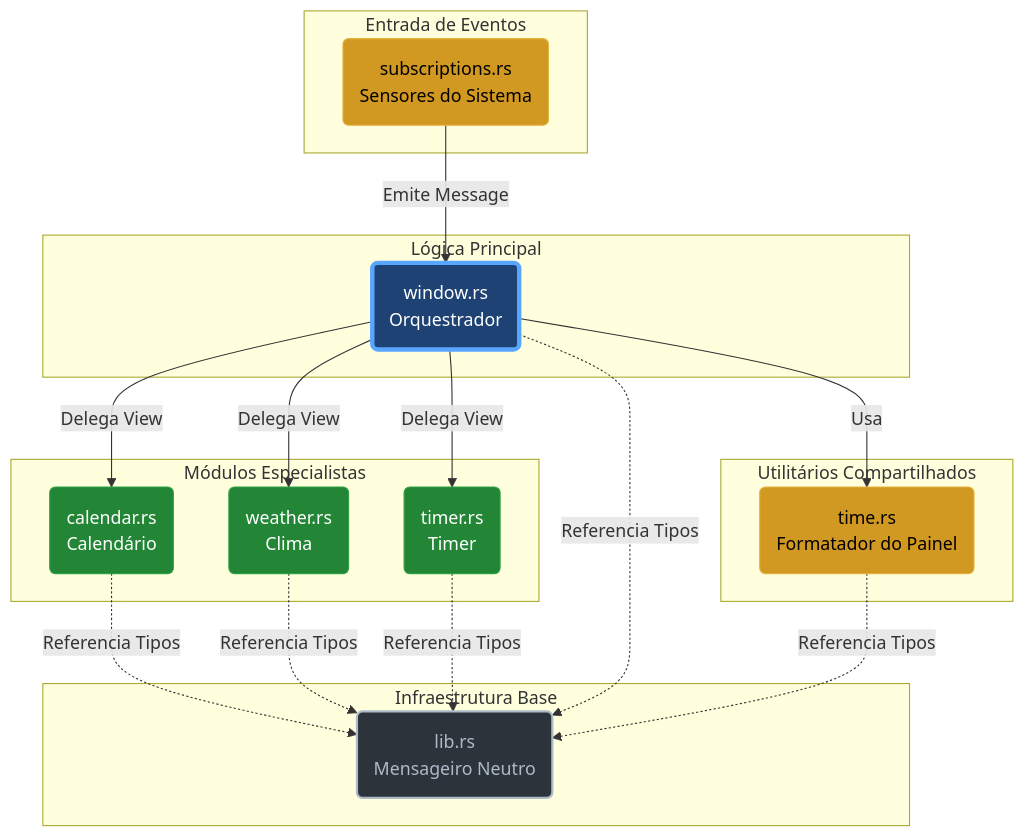
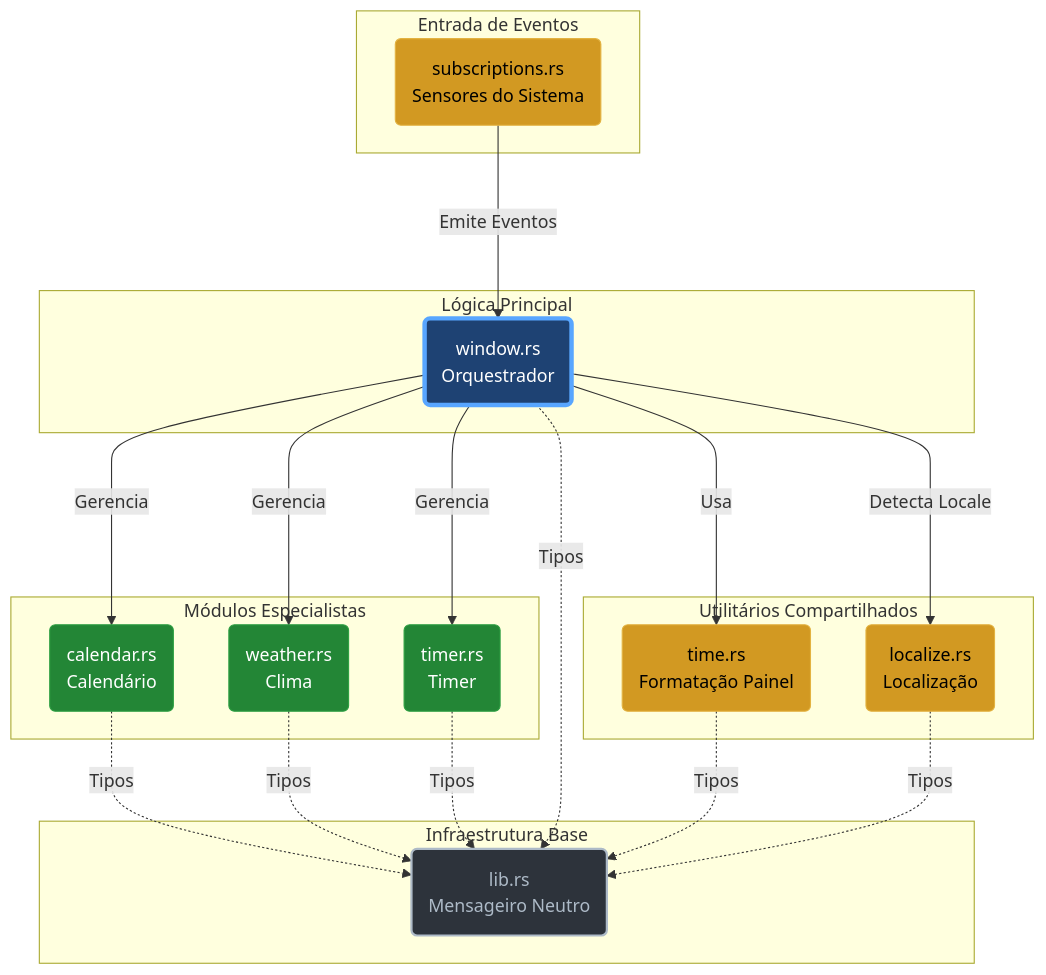
Before and after one commit to defNickTCys/cosmic-applet-timeplus: the diagram in README.pt-BR.md, drawn with Mermaid.

Commit message:
Atualizar o README.pt-BR.md

````diff
--- a/README.pt-BR.md
+++ b/README.pt-BR.md
@@ -147,44 +147,47 @@
 ```mermaid
 graph TD
     %% Estilos de Cores
     classDef neutral fill:#2d333b,stroke:#adbac7,color:#adbac7,stroke-width:2px;
     classDef orchestrator fill:#1e4273,stroke:#58a6ff,color:#fff,stroke-width:4px;
     classDef module fill:#238636,stroke:#2ea043,color:#fff;
     classDef logic fill:#d29922,stroke:#e3b341,color:#000;
 
     subgraph "Infraestrutura Base"
         LIB(lib.rs<br/>Mensageiro Neutro):::neutral
     end
 
     subgraph "Entrada de Eventos"
         SUB(subscriptions.rs<br/>Sensores do Sistema):::logic
     end
 
     subgraph "Lógica Principal"
         WIN(window.rs<br/>Orquestrador):::orchestrator
     end
 
     subgraph "Módulos Especialistas"
         CAL(calendar.rs<br/>Calendário):::module
         WEA(weather.rs<br/>Clima):::module
         TIM(timer.rs<br/>Timer):::module
     end
 
     subgraph "Utilitários Compartilhados"
-        TIME(time.rs<br/>Formatador do Painel):::logic
+        TIME(time.rs<br/>Formatação Painel):::logic
+        LOC(localize.rs<br/>Localização):::logic
     end
 
-    %% Fluxo de Dados
-    SUB -->|Emite Message| WIN
-    WIN -->|Delega View| CAL
-    WIN -->|Delega View| WEA
-    WIN -->|Delega View| TIM
-    WIN -->|Usa| TIME
+    %% Fluxo de Dados (Setas longas para melhor espaçamento)
+    SUB --->|Emite Eventos| WIN
+    WIN --->|Gerencia| CAL
+    WIN --->|Gerencia| WEA
+    WIN --->|Gerencia| TIM
+    WIN --->|Usa| TIME
+    WIN --->|Detecta Locale| LOC
 
-    %% Relação com o Mensageiro (Tipos)
-    CAL -.->|Referencia Tipos| LIB
-    WEA -.->|Referencia Tipos| LIB
-    TIM -.->|Referencia Tipos| LIB
-    WIN -.->|Referencia Tipos| LIB
-    TIME -.->|Referencia Tipos| LIB
+    %% Dependência de Tipos
+    CAL -.->|Tipos| LIB
+    WEA -.->|Tipos| LIB
+    TIM -.->|Tipos| LIB
+    WIN -.->|Tipos| LIB
+    TIME -.->|Tipos| LIB
+    LOC -.->|Tipos| LIB
 ```
````
